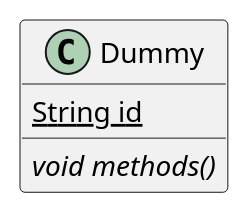
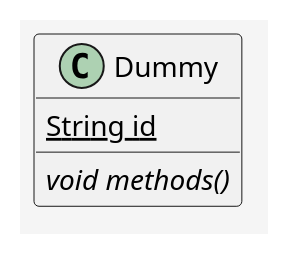
The ninth of 38 diagrams in PlantUML/클래스-다이어그램.md (sogeuni/_wiki), drawn with PlantUML before and after one commit. The commit also changed other lines of this file, not shown here.

Commit message:
Updated 클래스 다이어그램 (markdown)

```diff
--- a/PlantUML/클래스-다이어그램.md
+++ b/PlantUML/클래스-다이어그램.md
@@ -218,6 +226,7 @@
 @startuml
+skinparam backgroundColor WhiteSmoke
 class Dummy {
   {static} String id
   {abstract} void methods()
 }
 @enduml
```
